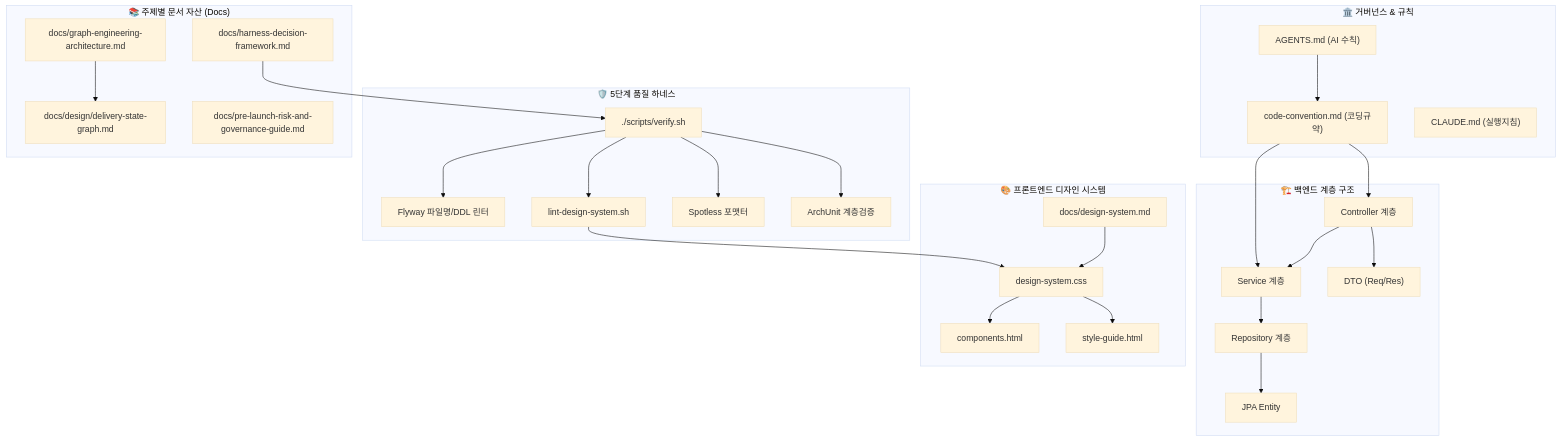
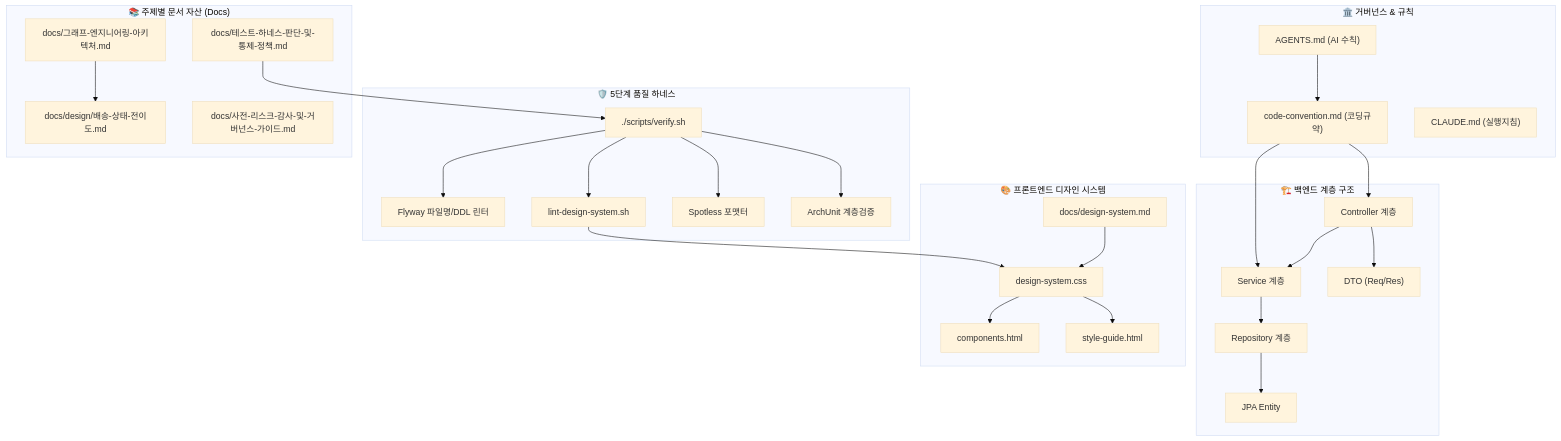
The diagram in docs/프로젝트-지식-그래프.md (ShinhanDSProject/shinhan-delivery), drawn with Mermaid (base theme) before and after one commit. The commit also changed other lines of this file and 48 other files, not shown here.

````diff
--- a/docs/프로젝트-지식-그래프.md
+++ b/docs/프로젝트-지식-그래프.md
@@ -16,61 +16,61 @@
 ```mermaid
 graph TD
     subgraph Governance ["🏛️ 거버넌스 & 규칙"]
         Rule_Agents["AGENTS.md (AI 수칙)"]
         Rule_Convention["code-convention.md (코딩규약)"]
         Rule_Claude["CLAUDE.md (실행지침)"]
     end
 
     subgraph Architecture ["🏗️ 백엔드 계층 구조"]
         Controller["Controller 계층"]
         Service["Service 계층"]
         Repository["Repository 계층"]
         Entity["JPA Entity"]
         DTO["DTO (Req/Res)"]
     end
 
     subgraph TestHarness ["🛡️ 5단계 품질 하네스"]
         VerifyScript["./scripts/verify.sh"]
         FlywayLint["Flyway 파일명/DDL 린터"]
         DesignLint["lint-design-system.sh"]
         Spotless["Spotless 포맷터"]
         ArchUnit["ArchUnit 계층검증"]
     end
 
     subgraph DesignSystem ["🎨 프론트엔드 디자인 시스템"]
         CSS["design-system.css"]
         Fragments["components.html"]
         StyleGuide["style-guide.html"]
         Doc_DesignSys["docs/design-system.md"]
     end
 
     subgraph KnowledgeDocs ["📚 주제별 문서 자산 (Docs)"]
-        Doc_Harness["docs/harness-decision-framework.md"]
-        Doc_GraphArch["docs/graph-engineering-architecture.md"]
-        Doc_DeliveryState["docs/design/delivery-state-graph.md"]
-        Doc_Risk["docs/pre-launch-risk-and-governance-guide.md"]
+        Doc_Harness["docs/테스트-하네스-판단-및-통제-정책.md"]
+        Doc_GraphArch["docs/그래프-엔지니어링-아키텍처.md"]
+        Doc_DeliveryState["docs/design/배송-상태-전이도.md"]
+        Doc_Risk["docs/사전-리스크-감사-및-거버넌스-가이드.md"]
     end
 
     %% 노드 간 관계 엣지
     Rule_Agents --> Rule_Convention
     Rule_Convention --> Controller
     Rule_Convention --> Service
     
     Controller --> DTO
     Controller --> Service
     Service --> Repository
     Repository --> Entity
 
     VerifyScript --> FlywayLint
     VerifyScript --> DesignLint
     VerifyScript --> Spotless
     VerifyScript --> ArchUnit
 
     DesignLint --> CSS
     CSS --> Fragments
     CSS --> StyleGuide
     Doc_DesignSys --> CSS
 
     Doc_GraphArch --> Doc_DeliveryState
     Doc_Harness --> VerifyScript
 ```
````
